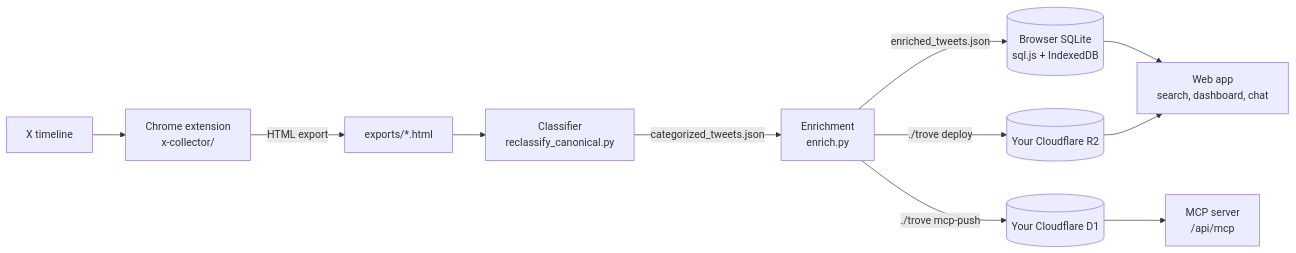
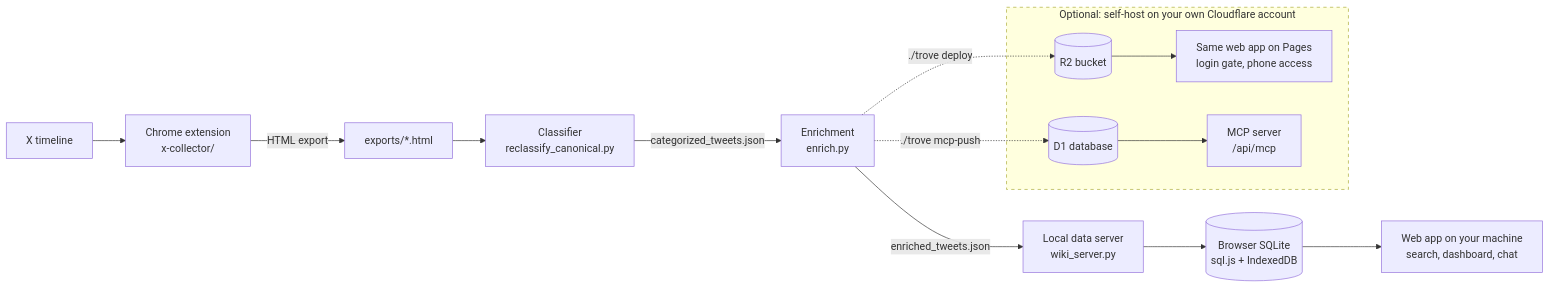
The first of 2 diagrams in README.md (fquresh/twitter-trove), drawn with Mermaid before and after one commit. The commit also changed other lines of this file and 1 other file, not shown here.

Commit message:
docs: show Cloudflare as an optional self-host path
The flowchart drew R2 and D1 as core steps. Local mode is the default
and needs no Cloudflare account, so the cloud path now sits in a dashed
optional box, and the local data server is shown.

````diff
--- a/README.md
+++ b/README.md
@@ -22,13 +22,19 @@
 ```mermaid
 flowchart LR
   X[X timeline] --> EXT[Chrome extension<br/>x-collector/]
   EXT -->|HTML export| EXP[exports/*.html]
   EXP --> CLS[Classifier<br/>reclassify_canonical.py]
   CLS -->|categorized_tweets.json| ENR[Enrichment<br/>enrich.py]
-  ENR -->|enriched_tweets.json| DB[(Browser SQLite<br/>sql.js + IndexedDB)]
-  DB --> APP[Web app<br/>search, dashboard, chat]
-  ENR -->|./trove deploy| R2[(Your Cloudflare R2)]
-  R2 --> APP
-  ENR -->|./trove mcp-push| D1[(Your Cloudflare D1)]
-  D1 --> MCP[MCP server<br/>/api/mcp]
+  ENR -->|enriched_tweets.json| WS[Local data server<br/>wiki_server.py]
+  WS --> DB[(Browser SQLite<br/>sql.js + IndexedDB)]
+  DB --> APP[Web app on your machine<br/>search, dashboard, chat]
+
+  subgraph CLOUD [Optional: self-host on your own Cloudflare account]
+    R2[(R2 bucket)] --> PAGES[Same web app on Pages<br/>login gate, phone access]
+    D1[(D1 database)] --> MCP[MCP server<br/>/api/mcp]
+  end
+
+  ENR -.->|./trove deploy| R2
+  ENR -.->|./trove mcp-push| D1
+  style CLOUD stroke-dasharray: 5 5
 ```
````
